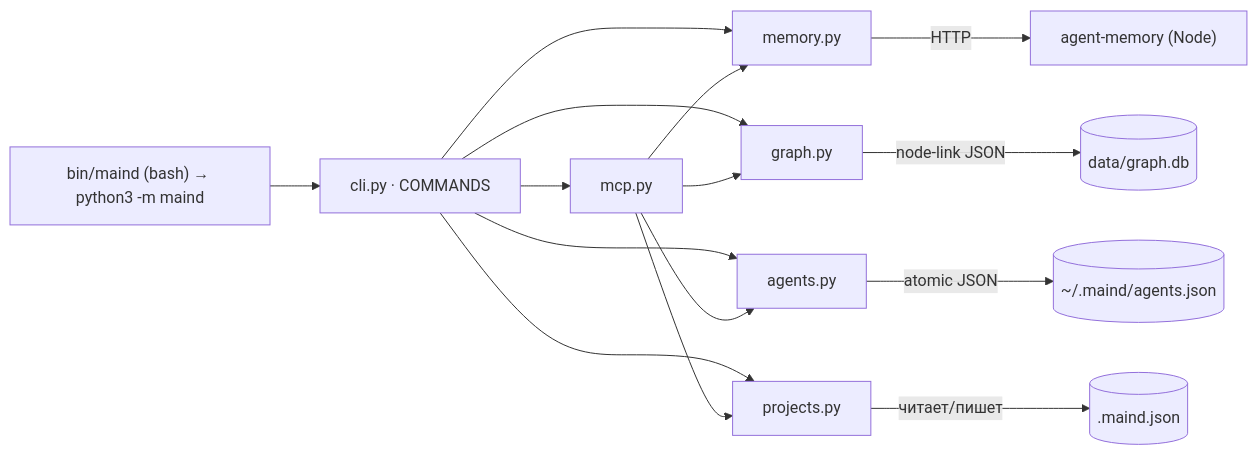
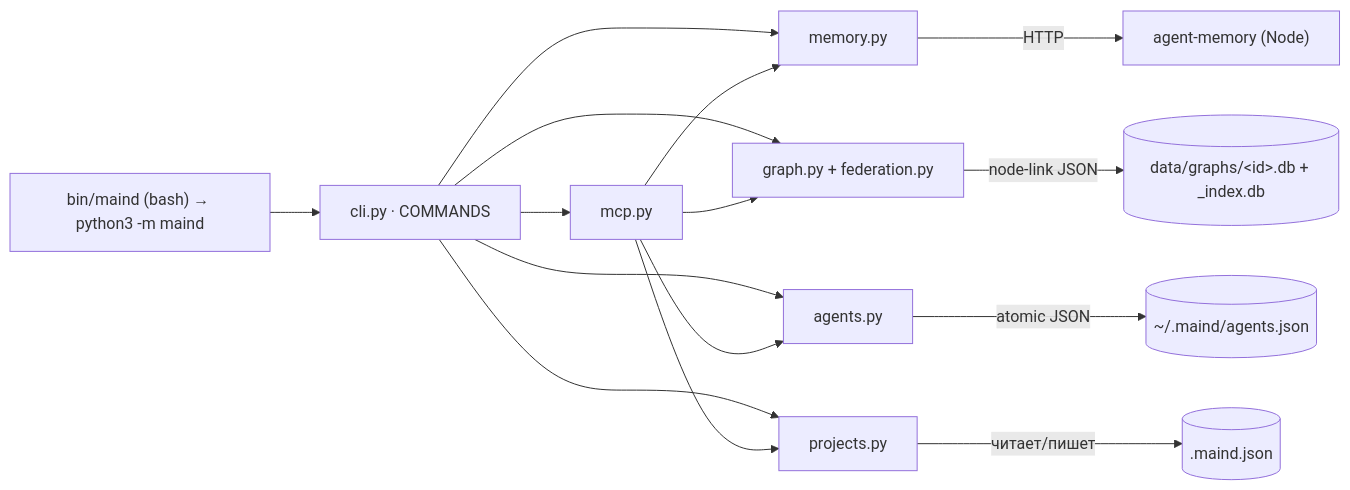
Before and after one commit to academici/swissknifeman: the second of 2 diagrams in docs/architecture.md, drawn with Mermaid. The commit also changed other lines of this file and 21 other files, not shown here.

````diff
--- a/docs/architecture.md
+++ b/docs/architecture.md
@@ -30,10 +31,10 @@
 ```mermaid
 flowchart LR
   CLI["bin/maind (bash) → python3 -m maind"] --> cli["cli.py · COMMANDS"]
-  cli --> mem["memory.py"] & gr["graph.py"] & ag["agents.py"] & pr["projects.py"] & mcp["mcp.py"]
+  cli --> mem["memory.py"] & gr["graph.py + federation.py"] & ag["agents.py"] & pr["projects.py"] & mcp["mcp.py"]
   mem -->|HTTP| daemon["agent-memory (Node)"]
-  gr -->|node-link JSON| db[("data/graph.db")]
+  gr -->|node-link JSON| db[("data/graphs/&lt;id&gt;.db + _index.db")]
   ag -->|atomic JSON| aj[("~/.maind/agents.json")]
   pr -->|читает/пишет| cfg[(".maind.json")]
   mcp --> mem & gr & ag & pr
 ```
````
